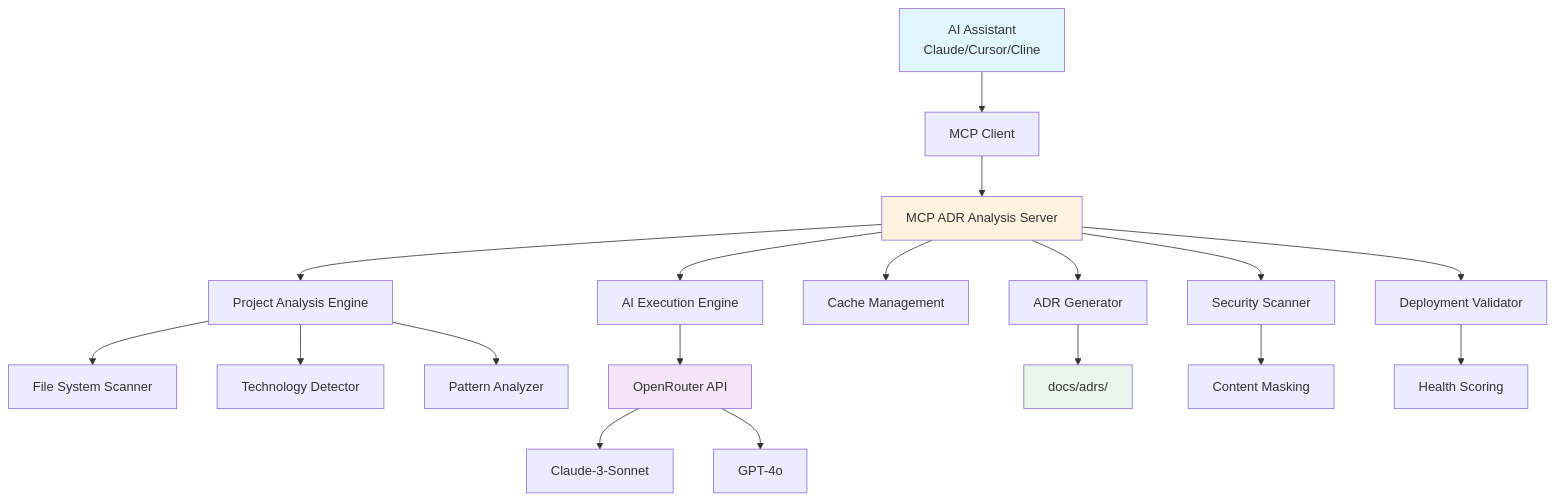
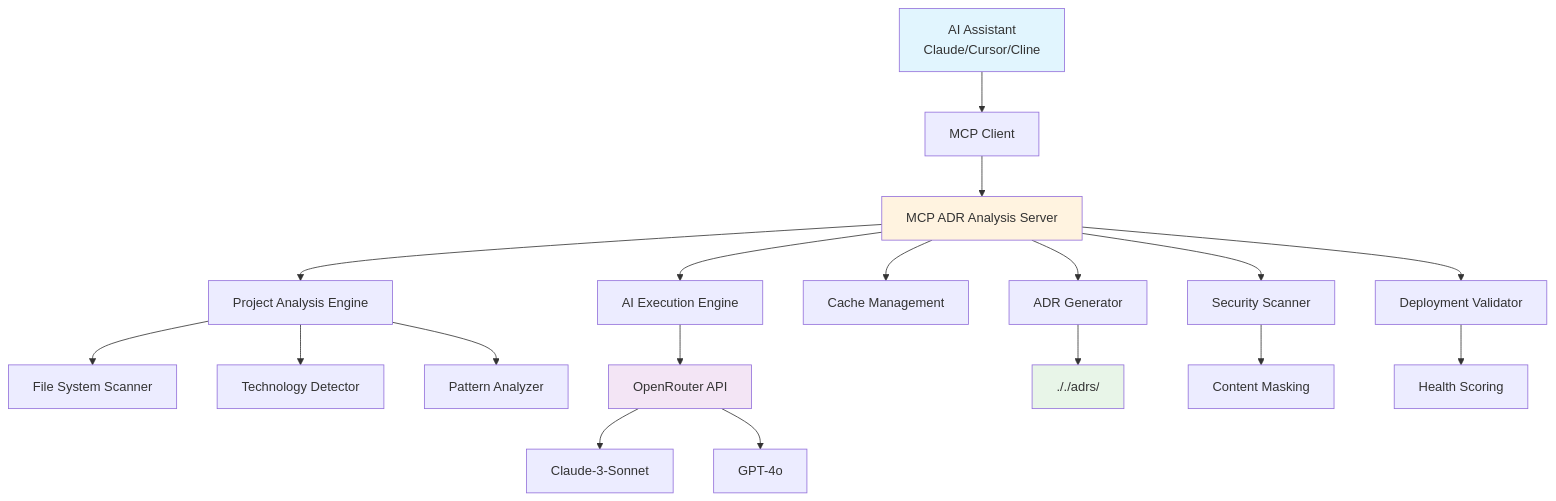
The first of 5 diagrams in docs/explanation/mcp-architecture-flow.md (tosin2013/mcp-adr-analysis-server), drawn with Mermaid before and after one commit. The commit also changed other lines of this file and 234 other files, not shown here.

````diff
--- a/docs/explanation/mcp-architecture-flow.md
+++ b/docs/explanation/mcp-architecture-flow.md
@@ -7,29 +7,29 @@
 ```mermaid
 graph TD
     A[AI Assistant<br/>Claude/Cursor/Cline] --> B[MCP Client]
     B --> C[MCP ADR Analysis Server]
     C --> D[Project Analysis Engine]
     C --> E[AI Execution Engine]
     C --> F[Cache Management]
     
     D --> G[File System Scanner]
     D --> H[Technology Detector]
     D --> I[Pattern Analyzer]
     
     E --> J[OpenRouter API]
     J --> K[Claude-3-Sonnet]
     J --> L[GPT-4o]
     
     C --> M[ADR Generator]
     C --> N[Security Scanner]
     C --> O[Deployment Validator]
     
-    M --> P[docs/adrs/]
+    M --> P[././adrs/]
     N --> Q[Content Masking]
     O --> R[Health Scoring]
     
     style A fill:#e1f5fe
     style C fill:#fff3e0
     style J fill:#f3e5f5
     style P fill:#e8f5e8
 ```
````
